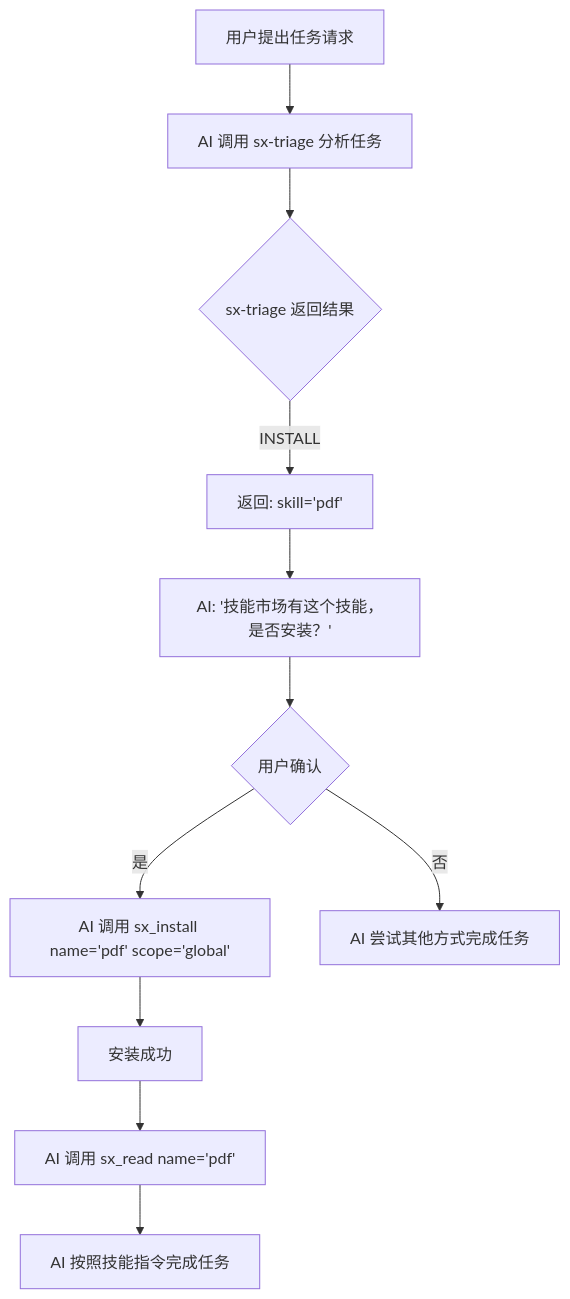
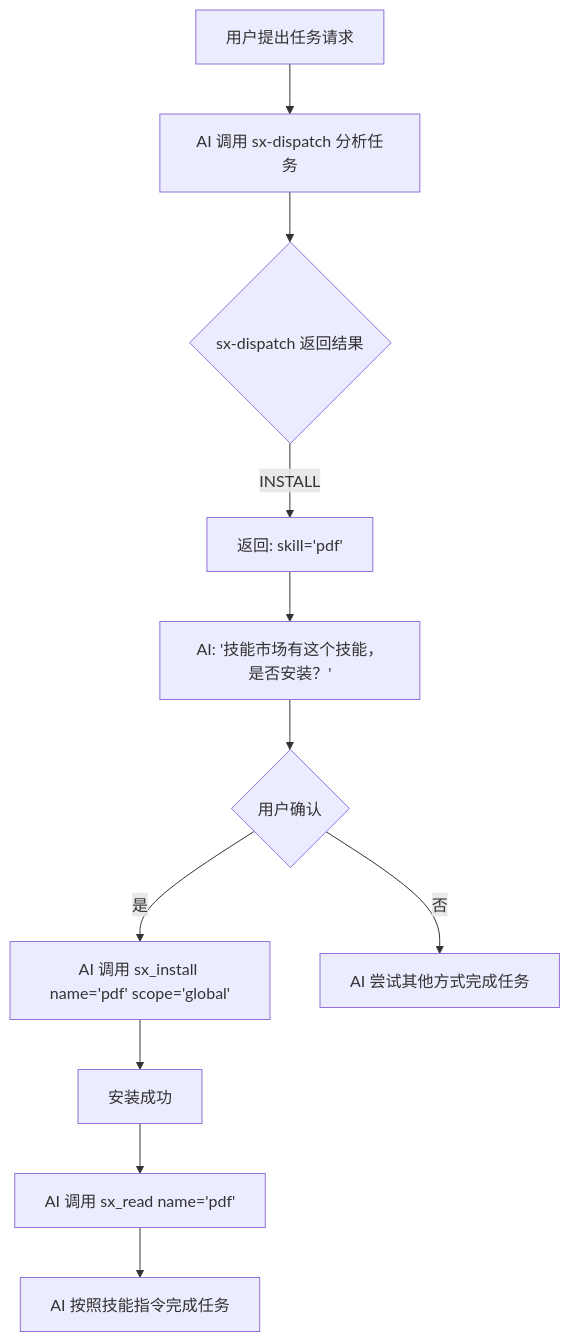
The second of 6 diagrams in design/02-设计/20260111-03-自动创建与进化设计.md (shetengteng/skillix-mcp), drawn with Mermaid before and after one commit. The commit also changed other lines of this file and 32 other files, not shown here.

````diff
--- a/design/02-设计/20260111-03-自动创建与进化设计.md
+++ b/design/02-设计/20260111-03-自动创建与进化设计.md
@@ -247,13 +247,13 @@
 ```mermaid
 flowchart TD
-    A[用户提出任务请求] --> B[AI 调用 sx-triage 分析任务]
-    B --> C{sx-triage 返回结果}
+    A[用户提出任务请求] --> B[AI 调用 sx-dispatch 分析任务]
+    B --> C{sx-dispatch 返回结果}
     C -->|INSTALL| D["返回: skill='pdf'"]
     D --> E["AI: '技能市场有这个技能，是否安装？'"]
     E --> F{用户确认}
     F -->|是| G["AI 调用 sx_install name='pdf' scope='global'"]
     G --> H[安装成功]
     H --> I["AI 调用 sx_read name='pdf'"]
     I --> J[AI 按照技能指令完成任务]
     F -->|否| K[AI 尝试其他方式完成任务]
 ```
````
